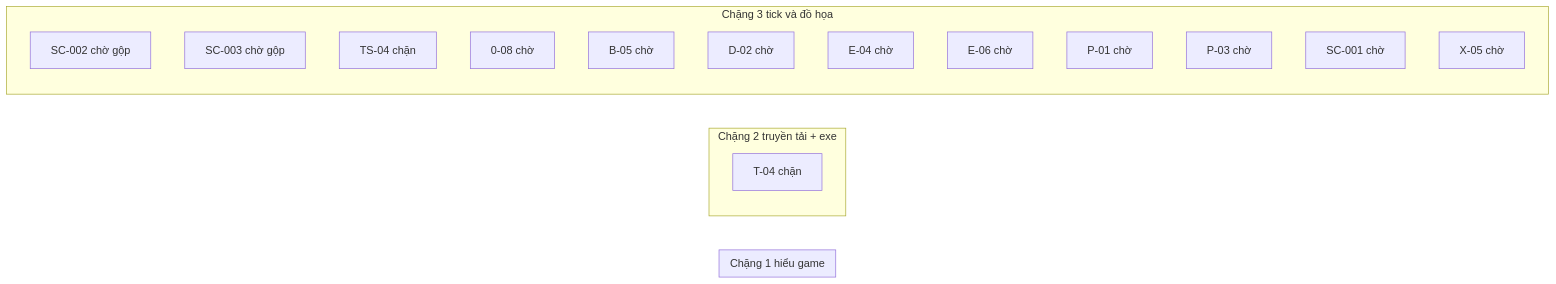
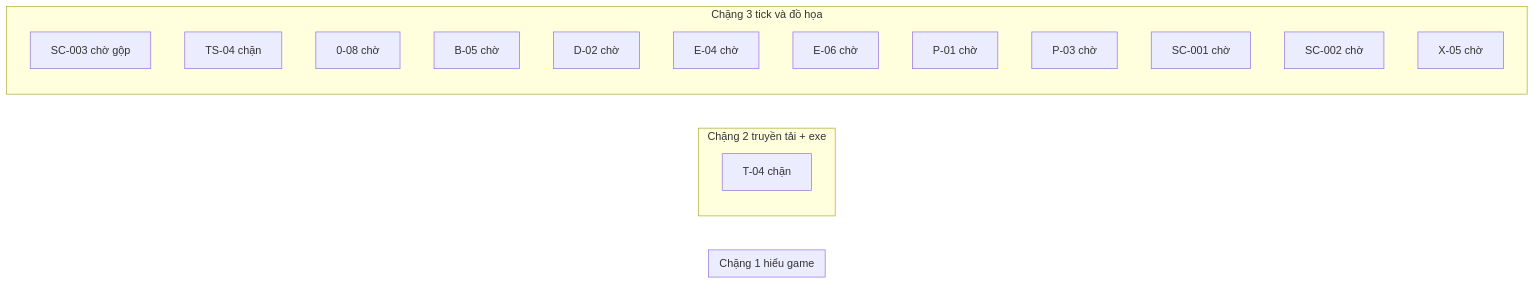
Before and after one commit to ndtangoss-dev/jx1-reports: the diagram in JX1_OPS/STATE/TIEN-DO.md, drawn with Mermaid. The commit also changed other lines of this file and 4 other files, not shown here.

````diff
--- a/JX1_OPS/STATE/TIEN-DO.md
+++ b/JX1_OPS/STATE/TIEN-DO.md
@@ -9,22 +9,22 @@
 ```mermaid
 flowchart LR
   subgraph S1["Chặng 1 hiểu game"]
   end
   subgraph S2["Chặng 2 truyền tải + exe"]
     T_04["T-04 chặn"]
   end
   subgraph S3["Chặng 3 tick và đồ họa"]
-    SC_002["SC-002 chờ gộp"]
     SC_003["SC-003 chờ gộp"]
     TS_04["TS-04 chặn"]
     0_08["0-08 chờ"]
     B_05["B-05 chờ"]
     D_02["D-02 chờ"]
     E_04["E-04 chờ"]
     E_06["E-06 chờ"]
     P_01["P-01 chờ"]
     P_03["P-03 chờ"]
     SC_001["SC-001 chờ"]
+    SC_002["SC-002 chờ"]
     X_05["X-05 chờ"]
   end
 ```
````
